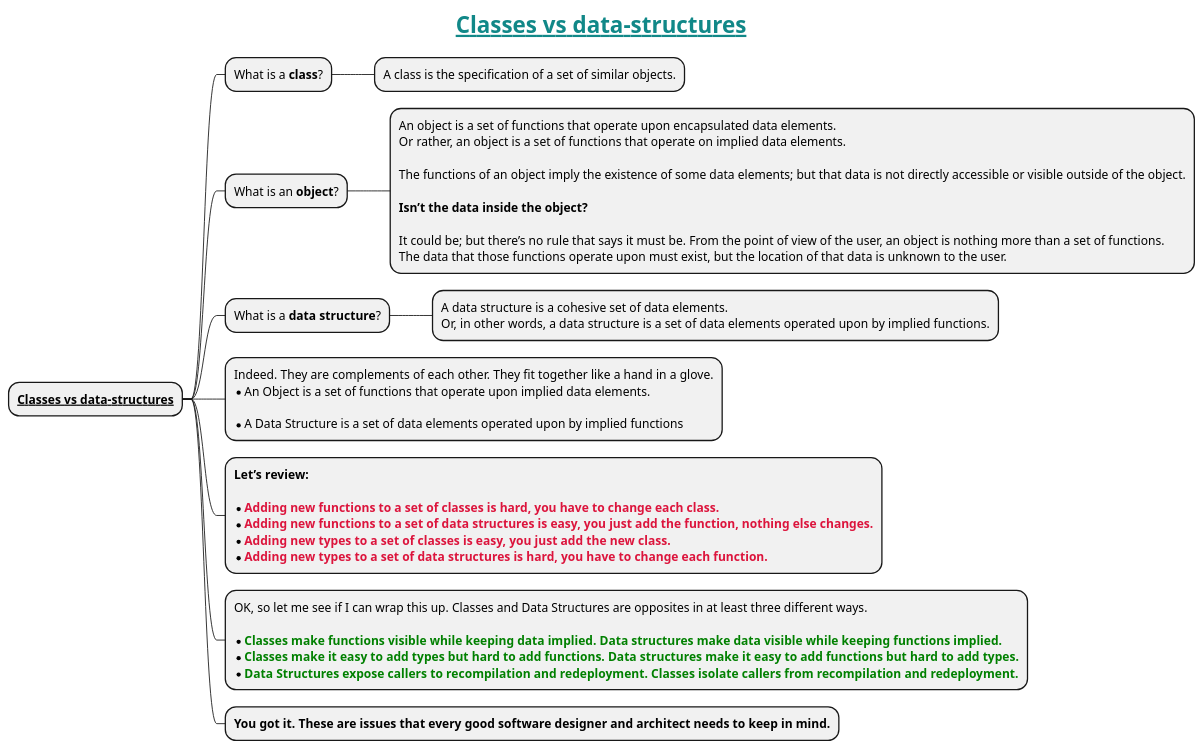
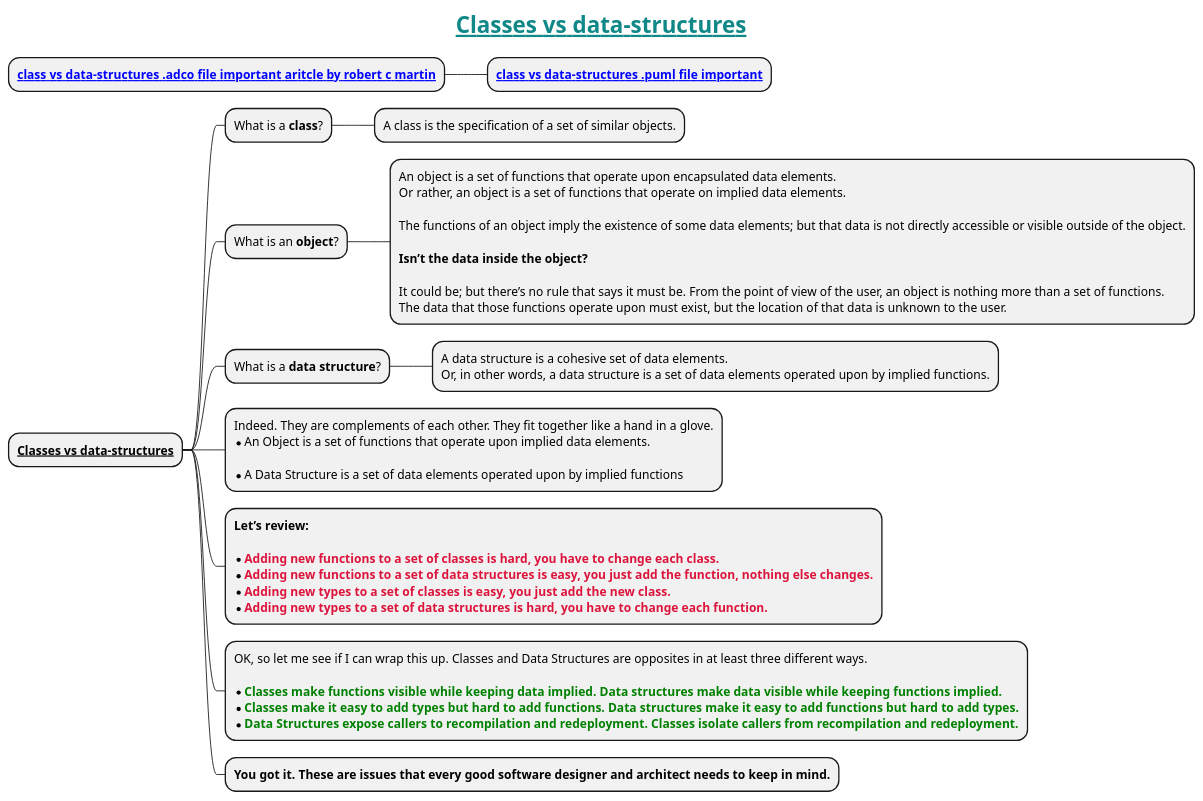
Before and after one commit to MehmoodHashmi/Documentation-as-Code-DaC: the diagram in docs/books/1-books-backlog/data-structure-and-algorithm/classes-vs-data-structures.puml, drawn with PlantUML. The commit also changed 10 other files, not shown here.

Commit message:
added new mindmaps

```diff
--- a/docs/books/1-books-backlog/data-structure-and-algorithm/classes-vs-data-structures.puml
+++ b/docs/books/1-books-backlog/data-structure-and-algorithm/classes-vs-data-structures.puml
@@ -1,43 +1,46 @@
 @startmindmap
 title = <color #118888>__Classes vs data-structures__</color>
+
+* **[[docs/books/1-books-backlog/data-structure-and-algorithm/classes-vs-data-structres.adoc class vs data-structures .adco file important aritcle by robert c martin]]**
+** **[[docs/books/1-books-backlog/data-structure-and-algorithm/Data-Structures-and-Classes.puml class vs data-structures .puml file important]]**
 
 * **__Classes vs data-structures__**
 ** What is a **class**?
 *** A class is the specification of a set of similar objects.
 ** What is an **object**?
 
 ***:An object is a set of functions that operate upon encapsulated data elements.
 Or rather, an object is a set of functions that operate on implied data elements.
 
 The functions of an object imply the existence of some data elements; but that data is not directly accessible or visible outside of the object.
 
 **Isn’t the data inside the object?**
 
 It could be; but there’s no rule that says it must be. From the point of view of the user, an object is nothing more than a set of functions.
 The data that those functions operate upon must exist, but the location of that data is unknown to the user.;
 
 ** What is a **data structure**?
 ***:A data structure is a cohesive set of data elements.
 Or, in other words, a data structure is a set of data elements operated upon by implied functions.;
 
 **:Indeed. They are complements of each other. They fit together like a hand in a glove.
 * An Object is a set of functions that operate upon implied data elements.
 
 * A Data Structure is a set of data elements operated upon by implied functions;
 
 **:**Let’s review:**
 
 * <color #crimson>**Adding new functions to a set of classes is hard, you have to change each class.**</color>
 * <color #crimson>**Adding new functions to a set of data structures is easy, you just add the function, nothing else changes.**</color>
 * <color #crimson>**Adding new types to a set of classes is easy, you just add the new class.**</color>
 * <color #crimson>**Adding new types to a set of data structures is hard, you have to change each function.**</color>;
 
 **:OK, so let me see if I can wrap this up. Classes and Data Structures are opposites in at least three different ways.
 
 * <color #green>**Classes make functions visible while keeping data implied. Data structures make data visible while keeping functions implied.**</color>
 * <color #green>**Classes make it easy to add types but hard to add functions. Data structures make it easy to add functions but hard to add types.**</color>
 * <color #green>**Data Structures expose callers to recompilation and redeployment. Classes isolate callers from recompilation and redeployment.**</color>;
 
 ** **You got it. These are issues that every good software designer and architect needs to keep in mind.**
 
 @endmindmap
```
